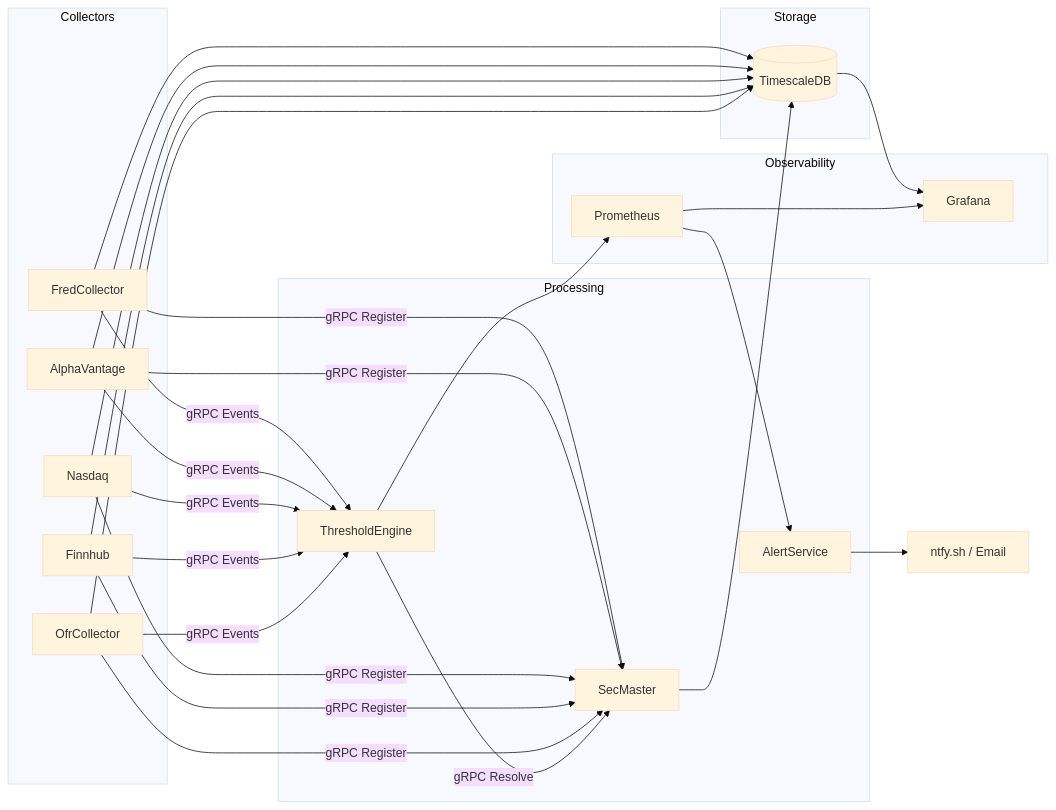
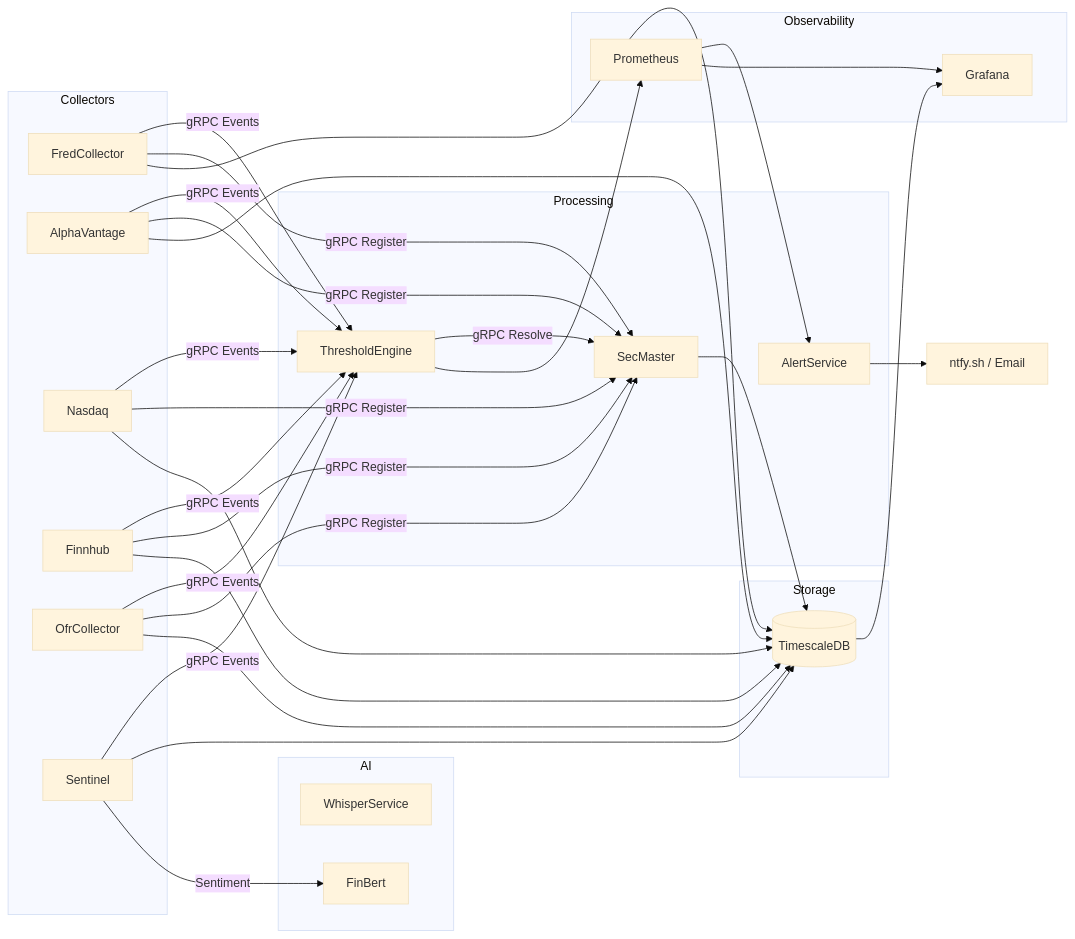
One commit to jpansarasa/ATLAS-Docs changed the diagram in docs/EXECUTIVE-SUMMARY.md. Above: the diagram before and after it, drawn with Mermaid (base theme). The commit also changed other lines of this file and 4 other files, not shown here.

````diff
--- a/docs/EXECUTIVE-SUMMARY.md
+++ b/docs/EXECUTIVE-SUMMARY.md
@@ -12,35 +12,42 @@
 ```mermaid
 flowchart LR
     subgraph Collectors
         FC[FredCollector]
         AV[AlphaVantage]
         NC[Nasdaq]
         FH[Finnhub]
         OFR[OfrCollector]
+        SC[Sentinel]
     end
 
     subgraph Processing
         SM[SecMaster]
         TE[ThresholdEngine]
         AS[AlertService]
+    end
+
+    subgraph AI
+        WS[WhisperService]
+        FB[FinBert]
     end
 
     subgraph Storage
         DB[(TimescaleDB)]
     end
 
     subgraph Observability
         P[Prometheus]
         G[Grafana]
     end
 
-    FC & AV & NC & FH & OFR -->|gRPC Events| TE
+    FC & AV & NC & FH & OFR & SC -->|gRPC Events| TE
     FC & AV & NC & FH & OFR -->|gRPC Register| SM
-    FC & AV & NC & FH & OFR --> DB
+    FC & AV & NC & FH & OFR & SC --> DB
     TE -->|gRPC Resolve| SM
+    SC -->|Sentiment| FB
     TE --> P
     P --> AS
     AS --> N[ntfy.sh / Email]
     DB & P --> G
     SM --> DB
 ```
````
